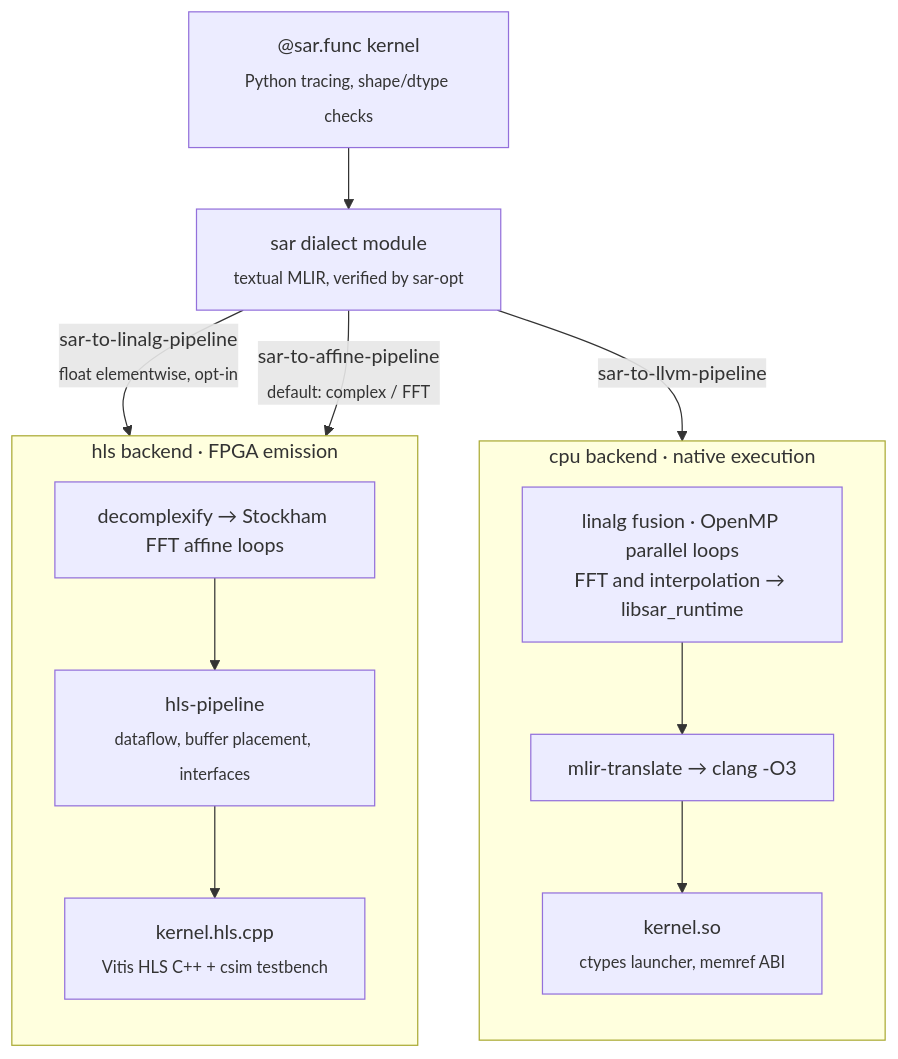
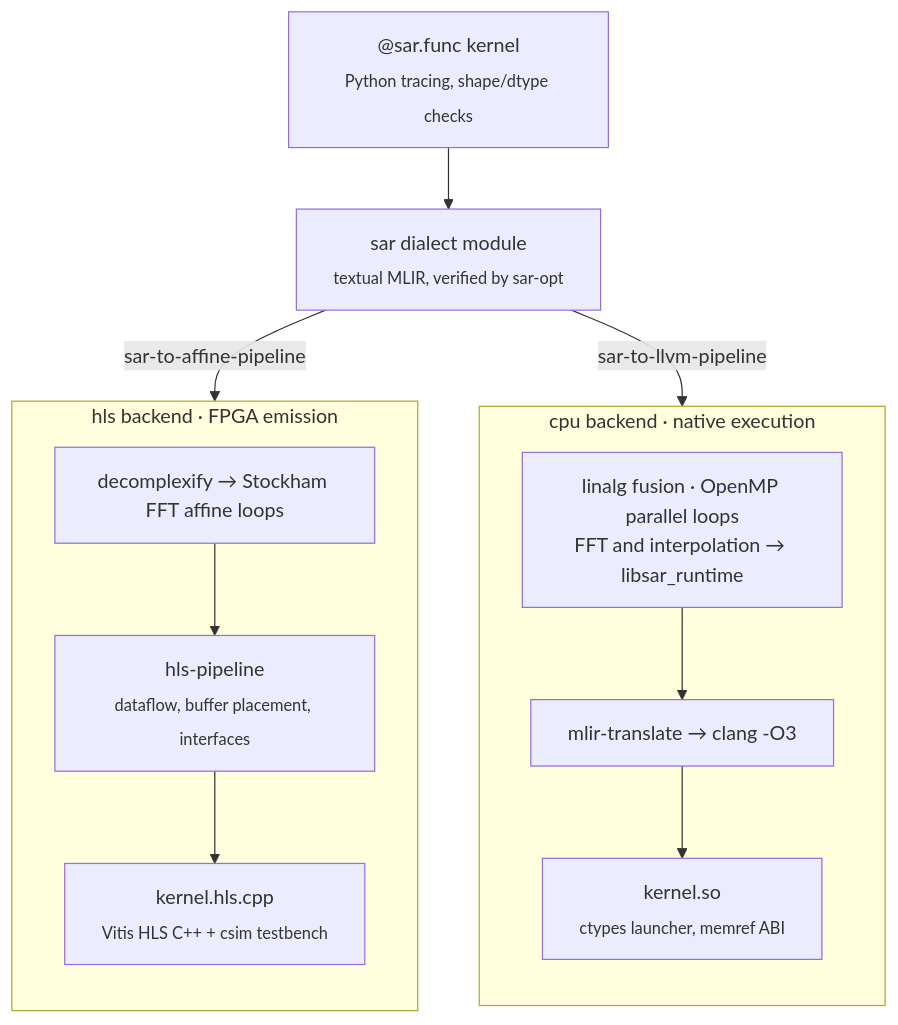
The diagram in README.md (zeroherolin/sar-dsl), drawn with Mermaid before and after one commit. The commit also changed 7 other files, not shown here.

````diff
--- a/README.md
+++ b/README.md
@@ -86,26 +86,25 @@
 ```mermaid
 flowchart TB
     K["@sar.func kernel<br/><sub>Python tracing, shape/dtype checks</sub>"]
     IR["sar dialect module<br/><sub>textual MLIR, verified by sar-opt</sub>"]
     K --> IR
 
     IR -- "sar-to-llvm-pipeline" --> CPU1
-    IR -- "sar-to-linalg-pipeline<br/><sub>float elementwise, opt-in</sub>" --> H1
-    IR -- "sar-to-affine-pipeline<br/><sub>default: complex / FFT</sub>" --> H2
+    IR -- "sar-to-affine-pipeline" --> H1
 
     subgraph CPU["cpu backend · native execution"]
         direction TB
         CPU1["linalg fusion · OpenMP parallel loops<br/>FFT and interpolation → libsar_runtime"]
         CPU2["mlir-translate → clang -O3"]
         CPU3["kernel.so<br/><sub>ctypes launcher, memref ABI</sub>"]
         CPU1 --> CPU2 --> CPU3
     end
 
     subgraph HLS["hls backend · FPGA emission"]
         direction TB
         H1["decomplexify → Stockham FFT affine loops"]
         H2["hls-pipeline<br/><sub>dataflow, buffer placement, interfaces</sub>"]
         H3["kernel.hls.cpp<br/><sub>Vitis HLS C++ + csim testbench</sub>"]
         H1 --> H2 --> H3
     end
 ```
````
